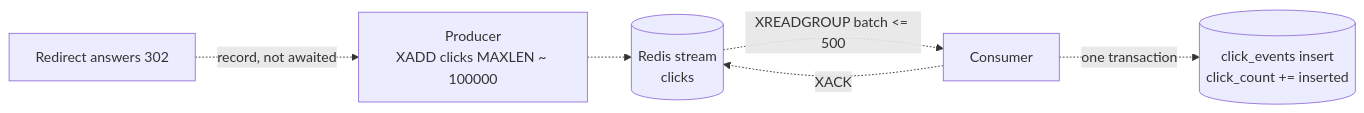
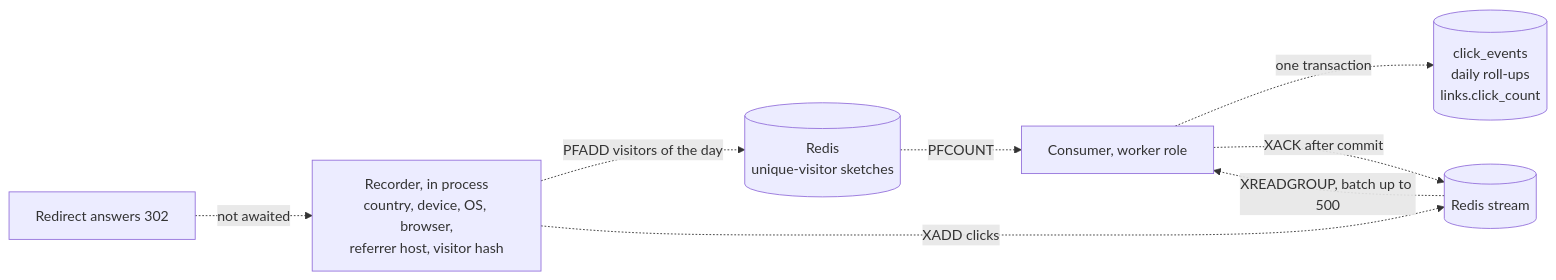
The third of 4 diagrams in docs/PRD.md (3376016376joshua-oss/url-shortener), drawn with Mermaid before and after one commit. The commit also changed other lines of this file and 159 other files, not shown here.

````diff
--- a/docs/PRD.md
+++ b/docs/PRD.md
@@ -466,8 +396,10 @@
 ```mermaid
 flowchart LR
-  r[Redirect answers 302] -.->|record, not awaited| p[Producer<br/>XADD clicks MAXLEN ~ 100000]
-  p -.-> s[(Redis stream<br/>clicks)]
-  s -.->|XREADGROUP batch <= 500| c[Consumer]
-  c -.->|one transaction| db[(click_events insert<br/>click_count += inserted)]
-  c -.->|XACK| s
+  r[Redirect answers 302] -.->|not awaited| p[Recorder, in process<br/>country, device, OS, browser,<br/>referrer host, visitor hash]
+  p -.->|PFADD visitors of the day| h[(Redis<br/>unique-visitor sketches)]
+  p -.->|XADD clicks| s[(Redis stream)]
+  s -.->|XREADGROUP, batch up to 500| c[Consumer, worker role]
+  h -.->|PFCOUNT| c
+  c -.->|one transaction| db[(click_events<br/>daily roll-ups<br/>links.click_count)]
+  c -.->|XACK after commit| s
 ```
````
